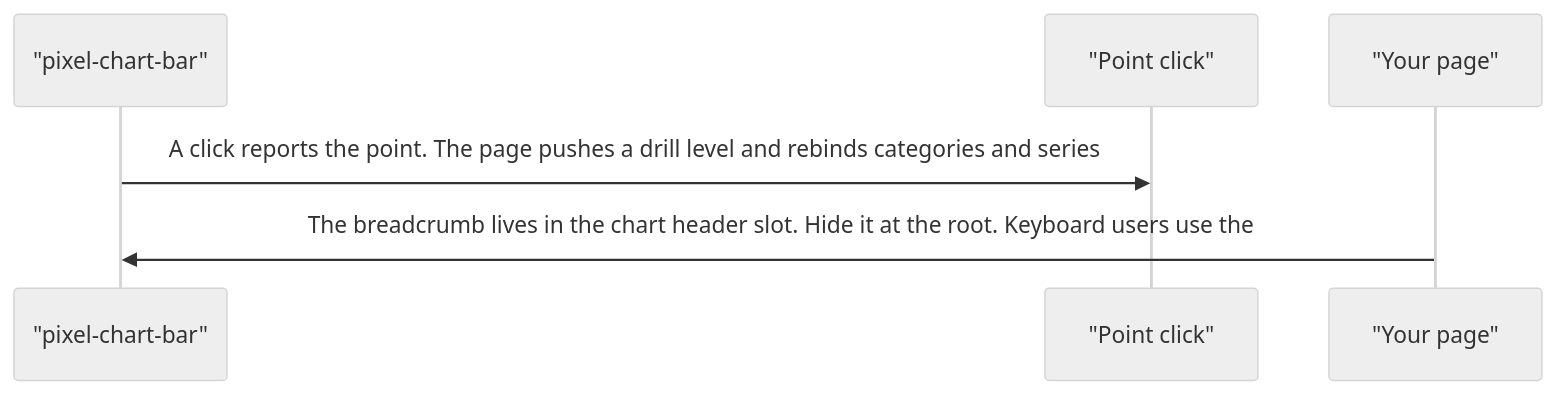
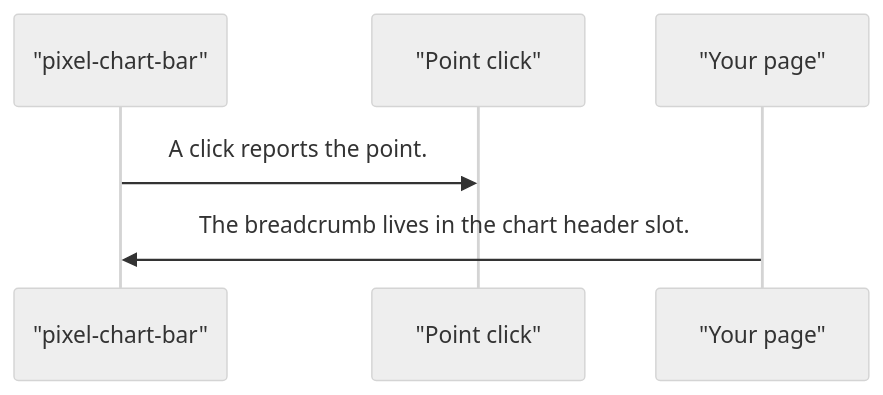
The fifth of 5 diagrams in projects/pixel-ui/src/lib/pixel-chart-bar/DESIGN.md (RajshekharBorate/pixel-ui), drawn with Mermaid (neutral theme) before and after one commit. The commit also changed other lines of this file and 80 other files, not shown here.

Commit message:
Fill missing design flows and correct the stories that did not match component behavior.

````diff
--- a/projects/pixel-ui/src/lib/pixel-chart-bar/DESIGN.md
+++ b/projects/pixel-ui/src/lib/pixel-chart-bar/DESIGN.md
@@ -93,8 +93,8 @@
 ```mermaid
 sequenceDiagram
   participant plot as "pixel-chart-bar"
   participant click as "Point click"
   participant page as "Your page"
-  plot->>click: A click reports the point. The page pushes a drill level and rebinds categories and series
-  page->>plot: The breadcrumb lives in the chart header slot. Hide it at the root. Keyboard users use the
+  plot->>click: A click reports the point.
+  page->>plot: The breadcrumb lives in the chart header slot.
 ```
````
